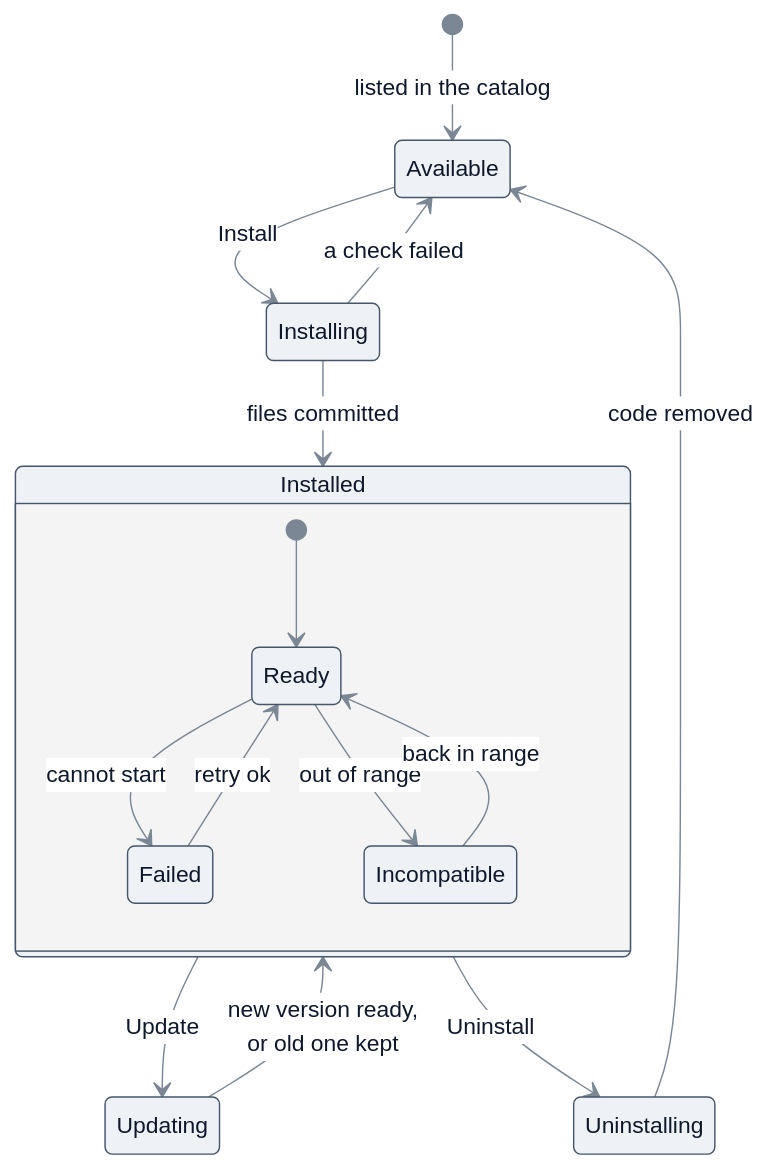
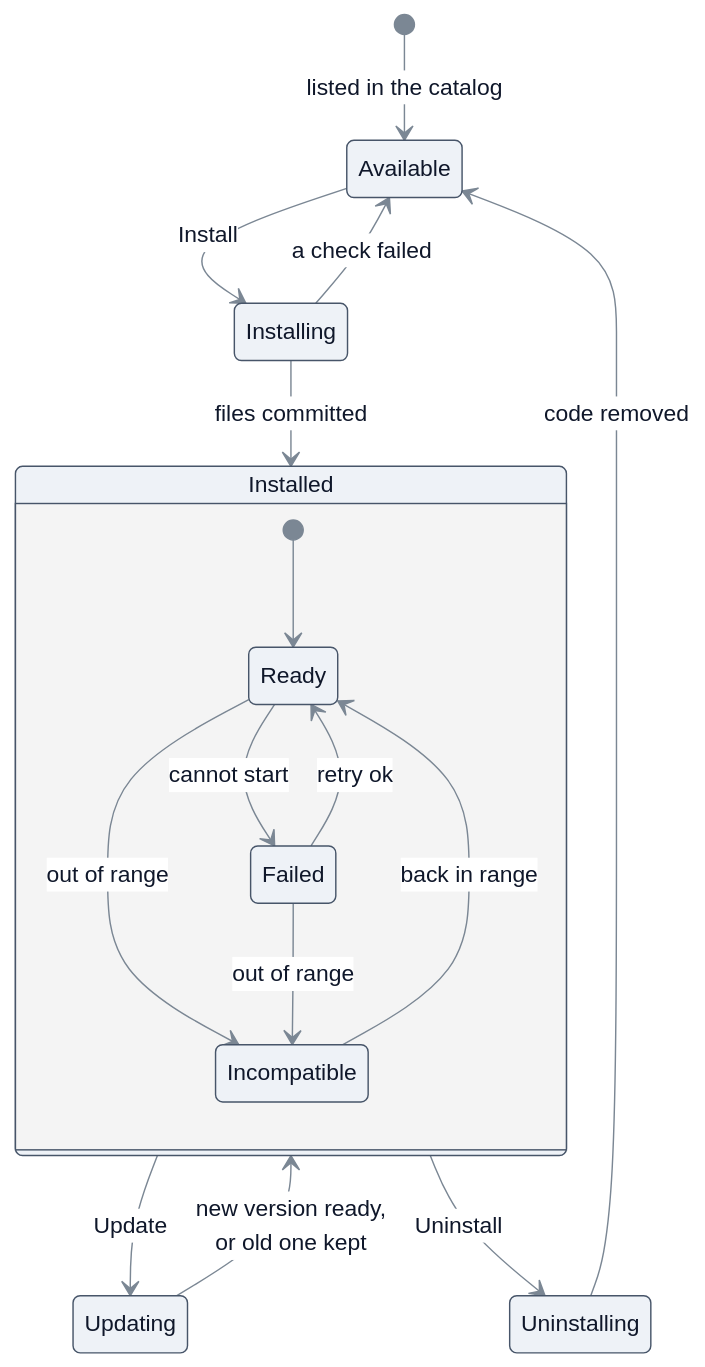
One commit to EntroVyx/redamon changed the ninth of 14 diagrams in docs/readmes/README.PLUGINS.md. Above: the diagram before and after it, drawn with Mermaid. The commit also changed other lines of this file, not shown here.

````diff
--- a/docs/readmes/README.PLUGINS.md
+++ b/docs/readmes/README.PLUGINS.md
@@ -791,19 +796,20 @@
 ```mermaid
 %%{init: {"theme": "base", "themeVariables": {"primaryColor": "#EEF2F7", "primaryTextColor": "#0F172A", "primaryBorderColor": "#475569", "secondaryColor": "#E2E8F0", "tertiaryColor": "#F8FAFC", "lineColor": "#7B8794", "textColor": "#0F172A", "clusterBkg": "#F8FAFC", "clusterBorder": "#94A3B8", "titleColor": "#0F172A", "edgeLabelBackground": "#FFFFFF", "relationLabelBackground": "#FFFFFF", "relationLabelColor": "#0F172A", "attributeBackgroundColorOdd": "#FFFFFF", "attributeBackgroundColorEven": "#F8FAFC", "actorBkg": "#EEF2F7", "actorBorder": "#475569", "actorTextColor": "#0F172A", "actorLineColor": "#7B8794", "signalColor": "#7B8794", "signalTextColor": "#0F172A", "labelBoxBkgColor": "#E2E8F0", "labelBoxBorderColor": "#475569", "labelTextColor": "#0F172A", "loopTextColor": "#0F172A", "noteBkgColor": "#FFF7D6", "noteTextColor": "#0F172A", "noteBorderColor": "#B7A24A", "sequenceNumberColor": "#FFFFFF"}}}%%
 stateDiagram-v2
     [*] --> Available: listed in the catalog
     Available --> Installing: Install
     Installing --> Available: a check failed
     Installing --> Installed: files committed
     state Installed {
         [*] --> Ready
         Ready --> Failed: cannot start
         Failed --> Ready: retry ok
         Ready --> Incompatible: out of range
+        Failed --> Incompatible: out of range
         Incompatible --> Ready: back in range
     }
     Installed --> Updating: Update
     Updating --> Installed: new version ready,<br/>or old one kept
     Installed --> Uninstalling: Uninstall
     Uninstalling --> Available: code removed
 ```
````
